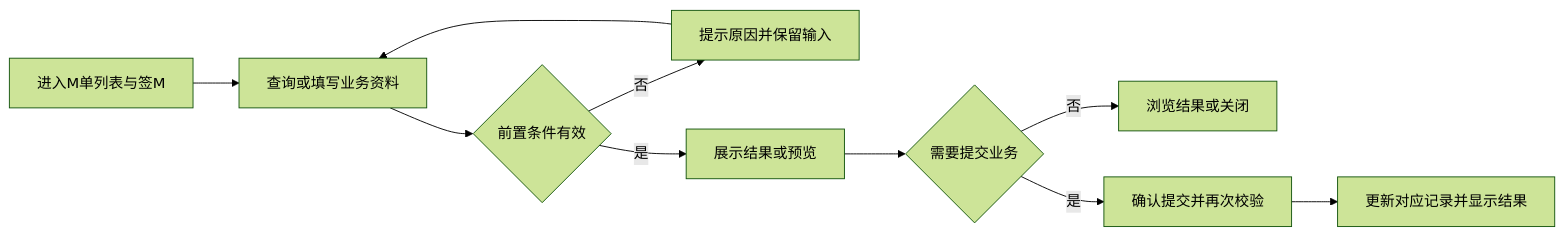
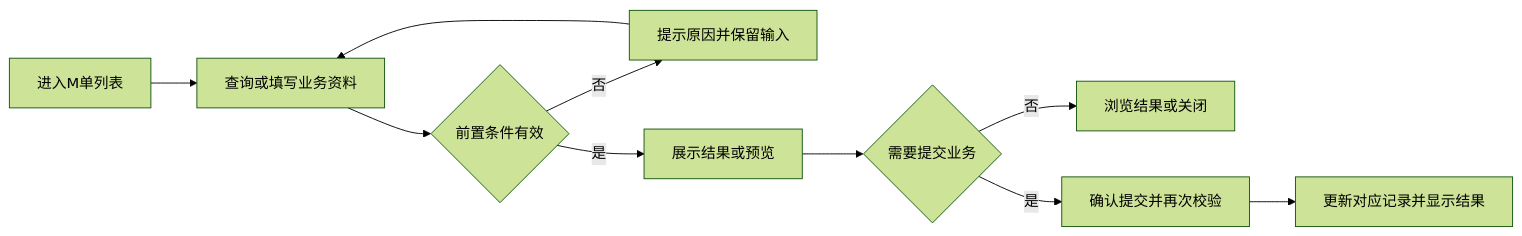
One commit to bala-luoluo/cashier-prototype changed the first of 4 diagrams in docs/菜单PRD_20261109/PRD_M单管理_20261109.md. Above: the diagram before and after it, drawn with Mermaid (forest theme). The commit also changed other lines of this file and 9 other files, not shown here.

````diff
--- a/docs/菜单PRD_20261109/PRD_M单管理_20261109.md
+++ b/docs/菜单PRD_20261109/PRD_M单管理_20261109.md
@@ -89,12 +102,12 @@
 ```mermaid
 flowchart LR
-  A[进入M单列表与签M] --> B[查询或填写业务资料]
+  A[进入M单列表] --> B[查询或填写业务资料]
   B --> C{前置条件有效}
   C -- 否 --> D[提示原因并保留输入]
   D --> B
   C -- 是 --> E[展示结果或预览]
   E --> F{需要提交业务}
   F -- 否 --> G[浏览结果或关闭]
   F -- 是 --> H[确认提交并再次校验]
   H --> I[更新对应记录并显示结果]
 ```
````
